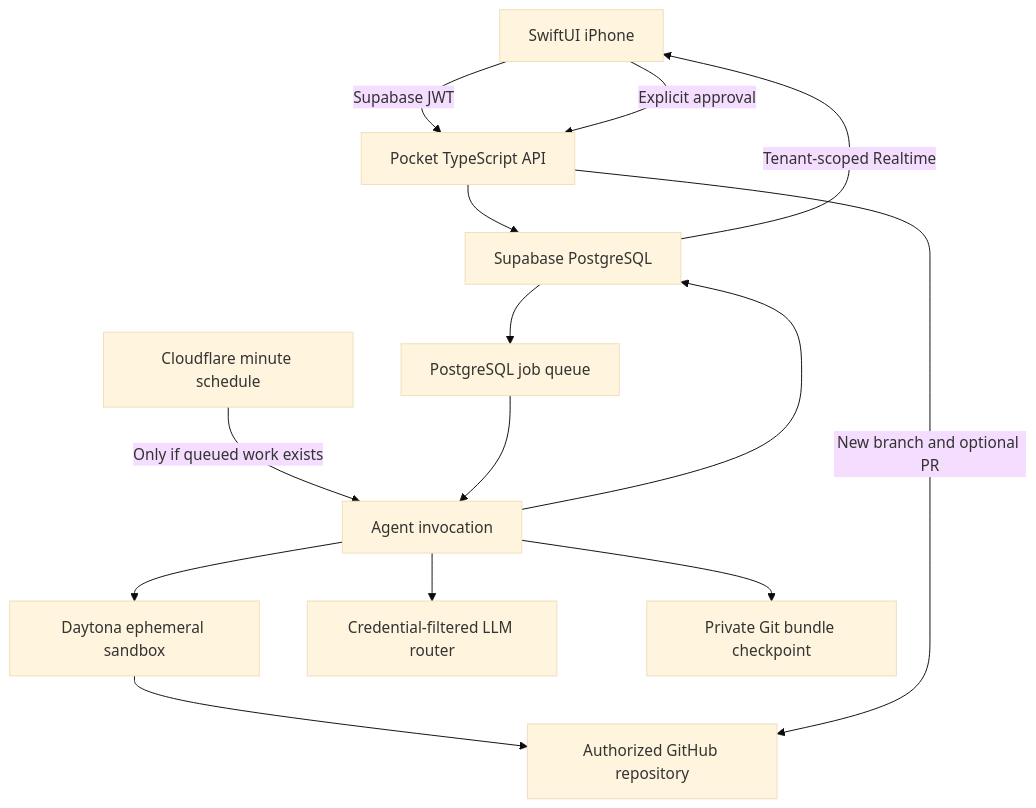
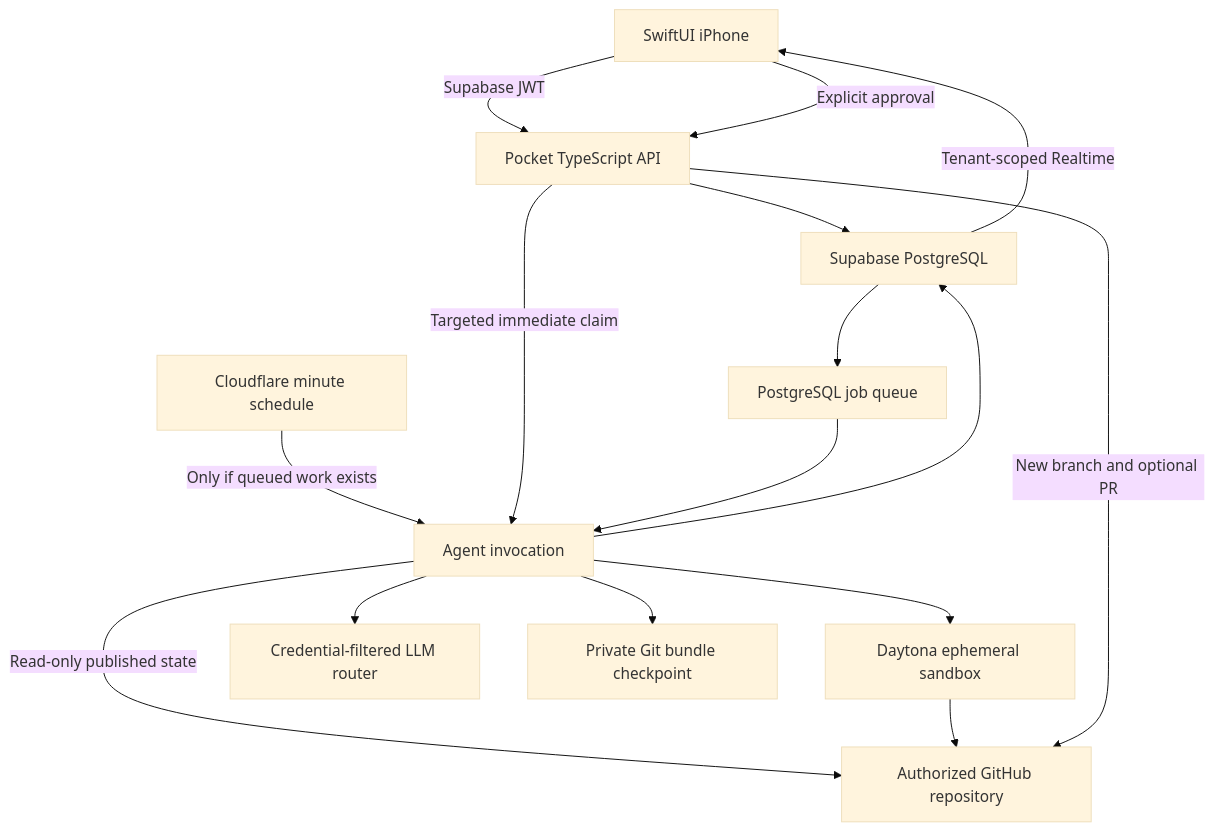
The diagram in docs/architecture.md (crbzzz/Pocket), drawn with Mermaid (base theme) before and after one commit. The commit also changed other lines of this file and 35 other files, not shown here.

````diff
--- a/docs/architecture.md
+++ b/docs/architecture.md
@@ -5,16 +5,18 @@
 ```mermaid
 flowchart TD
   A[SwiftUI iPhone] -->|Supabase JWT| B[Pocket TypeScript API]
   B --> C[Supabase PostgreSQL]
   C --> Q[PostgreSQL job queue]
   D[Cloudflare minute schedule] -->|Only if queued work exists| W[Agent invocation]
+  B -->|Targeted immediate claim| W
   Q --> W
+  W -->|Read-only published state| G
   W --> S[Daytona ephemeral sandbox]
   S --> G[Authorized GitHub repository]
   W --> L[Credential-filtered LLM router]
   W --> P[Private Git bundle checkpoint]
   W --> C
   C -->|Tenant-scoped Realtime| A
   A -->|Explicit approval| B
   B -->|New branch and optional PR| G
 ```
````
